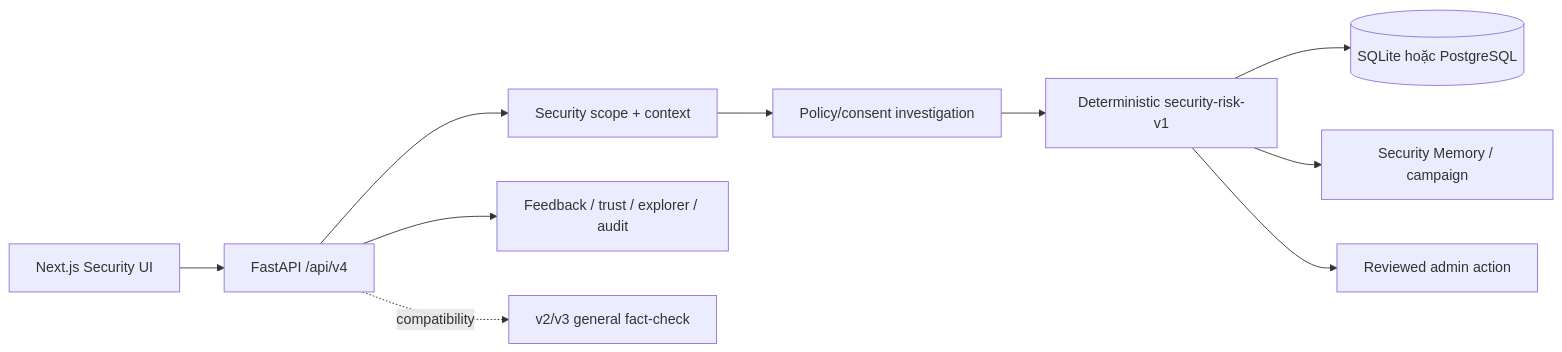
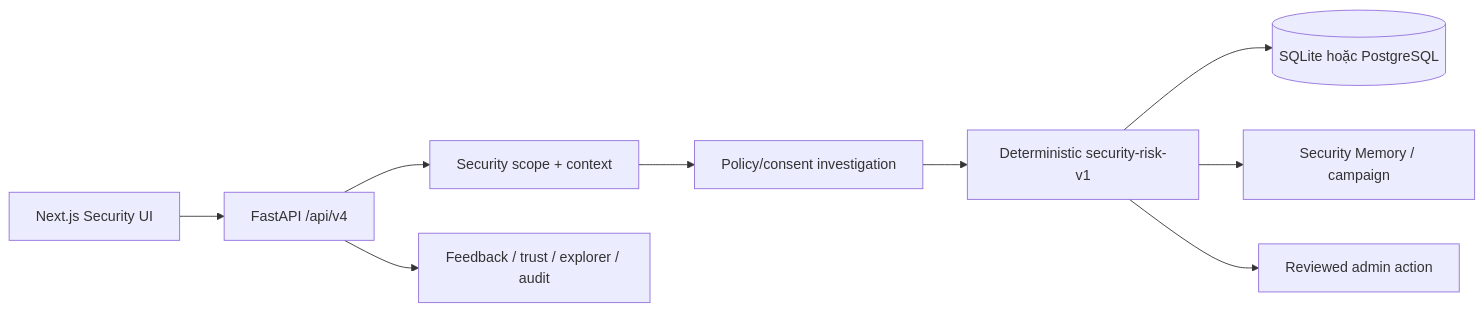
The diagram in ARCHITECTURE.md (Binhdn04/TrustGuard-AI), drawn with Mermaid before and after one commit. The commit also changed other lines of this file and 73 other files, not shown here.

````diff
--- a/ARCHITECTURE.md
+++ b/ARCHITECTURE.md
@@ -10,12 +10,11 @@
 ```mermaid
 flowchart LR
     UI[Next.js Security UI] --> API[FastAPI /api/v4]
     API --> Scope[Security scope + context]
     Scope --> Investigation[Policy/consent investigation]
     Investigation --> Risk[Deterministic security-risk-v1]
     Risk --> DB[(SQLite hoặc PostgreSQL)]
     Risk --> Memory[Security Memory / campaign]
     Risk --> HITL[Reviewed admin action]
     API --> Admin[Feedback / trust / explorer / audit]
-    API -. compatibility .-> Legacy[v2/v3 general fact-check]
 ```
````
